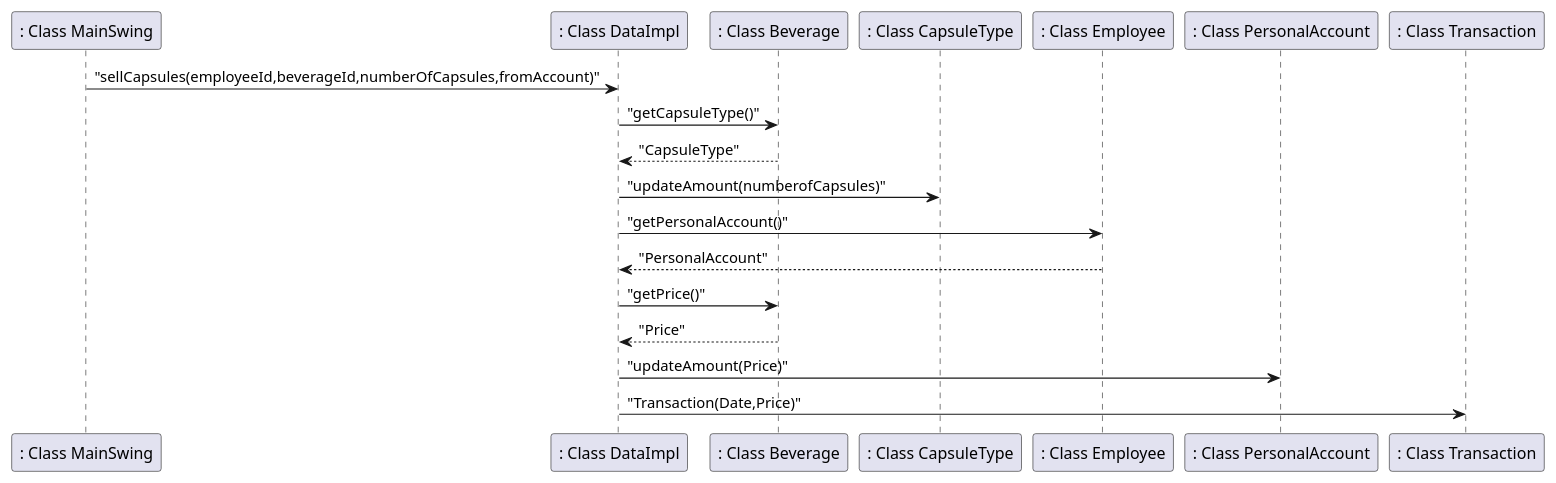
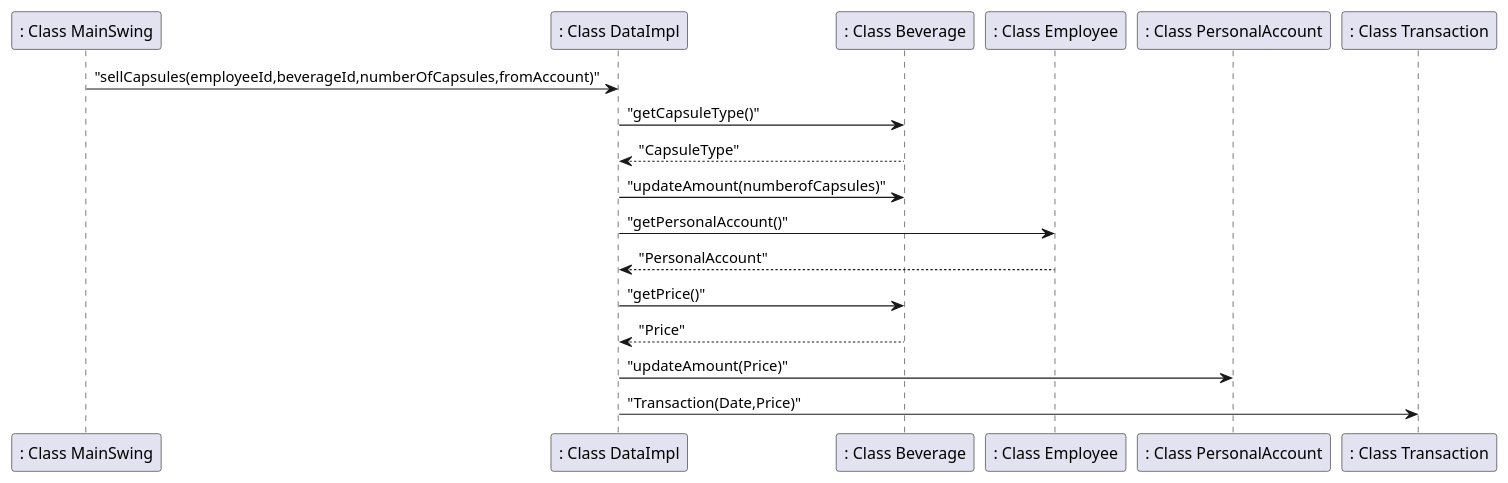
The sixth of 7 diagrams in templates/DesignDocumentTemplate.md (salvatore-dimartino/LaTazza), drawn with PlantUML before and after one commit. The commit also changed other lines of this file, not shown here.

````diff
--- a/templates/DesignDocumentTemplate.md
+++ b/templates/DesignDocumentTemplate.md
@@ -275,12 +275,12 @@
 ```plantuml
 ": Class MainSwing" -> ": Class DataImpl": "sellCapsules(employeeId,beverageId,numberOfCapsules,fromAccount)"
 ": Class DataImpl" -> ": Class Beverage": "getCapsuleType()"
 ": Class Beverage" --> ": Class DataImpl": "CapsuleType"
-": Class DataImpl" -> ": Class CapsuleType": "updateAmount(numberofCapsules)"
+": Class DataImpl" -> ": Class Beverage": "updateAmount(numberofCapsules)"
 ": Class DataImpl" -> ": Class Employee": "getPersonalAccount()"
 ": Class Employee" --> ": Class DataImpl": "PersonalAccount"
 ": Class DataImpl" -> ": Class Beverage": "getPrice()"
 ": Class Beverage" --> ": Class DataImpl": "Price"
 ": Class DataImpl" -> ": Class PersonalAccount": "updateAmount(Price)"
 ": Class DataImpl" -> ": Class Transaction": "Transaction(Date,Price)"
 ```
````
